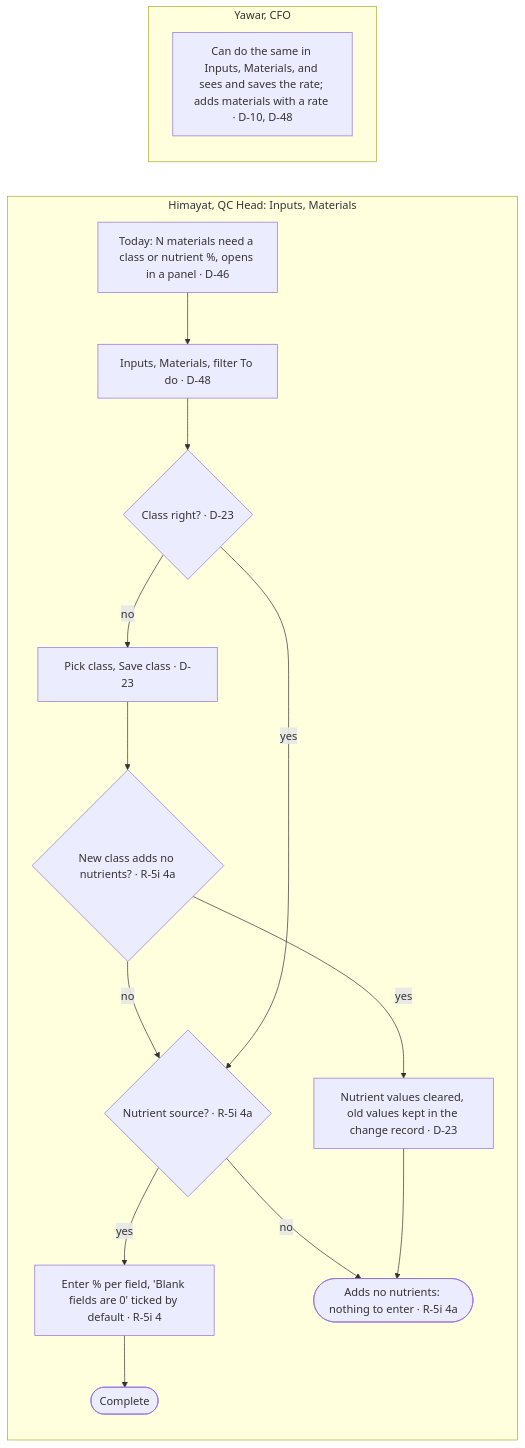
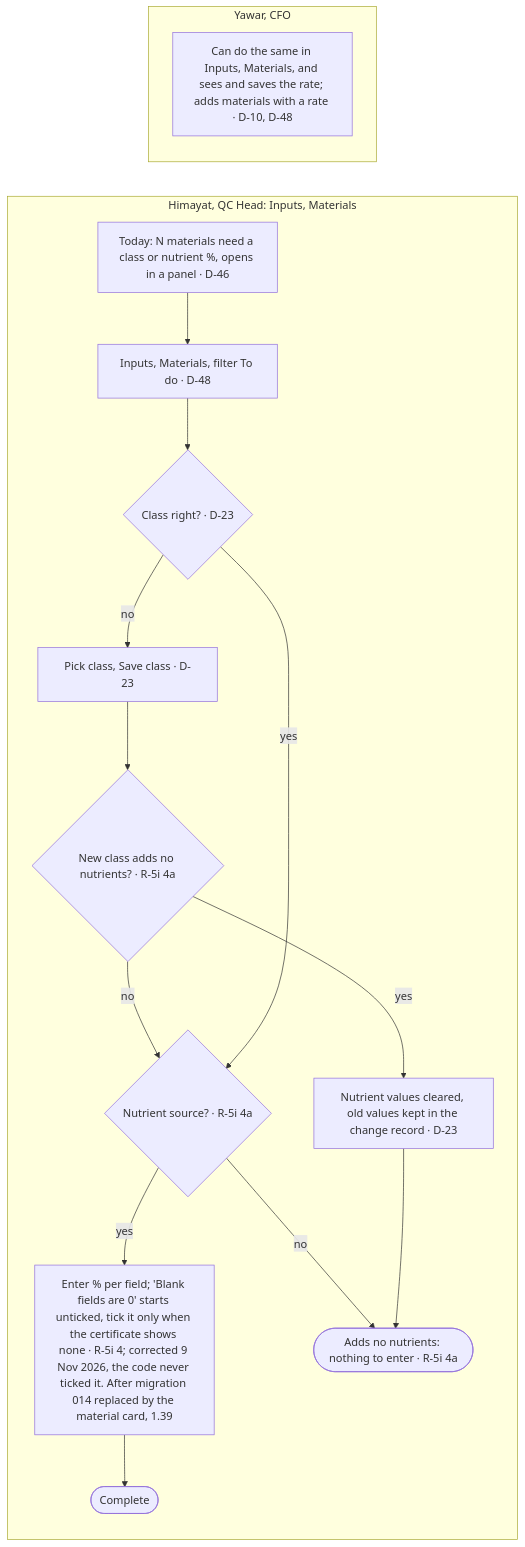
The fifth of 31 diagrams in apps/c2m/docs/01-process-flows.md (taabbas1947-eng/VAN-OP), drawn with Mermaid before and after one commit. The commit also changed other lines of this file and 19 other files, not shown here.

````diff
--- a/apps/c2m/docs/01-process-flows.md
+++ b/apps/c2m/docs/01-process-flows.md
@@ -144,18 +144,18 @@
 ```mermaid
 flowchart LR
   subgraph QC [Himayat, QC Head: Inputs, Materials]
     A[Today: N materials need a class or nutrient %, opens in a panel · D-46] --> B[Inputs, Materials, filter To do · D-48]
     B --> C{Class right? · D-23}
     C -- no --> D[Pick class, Save class · D-23]
     D --> D2{New class adds no nutrients? · R-5i 4a}
     D2 -- yes --> D3[Nutrient values cleared, old values kept in the change record · D-23]
     D2 -- no --> E
     C -- yes --> E{Nutrient source? · R-5i 4a}
-    E -- yes --> F[Enter % per field, 'Blank fields are 0' ticked by default · R-5i 4] --> G([Complete])
+    E -- yes --> F[Enter % per field; 'Blank fields are 0' starts unticked, tick it only when the certificate shows none · R-5i 4; corrected 9 Nov 2026, the code never ticked it. After migration 014 replaced by the material card, 1.39] --> G([Complete])
     E -- no --> G2([Adds no nutrients: nothing to enter · R-5i 4a])
     D3 --> G2
   end
   subgraph CFO [Yawar, CFO]
     Y[Can do the same in Inputs, Materials, and sees and saves the rate; adds materials with a rate · D-10, D-48]
   end
 ```
````
